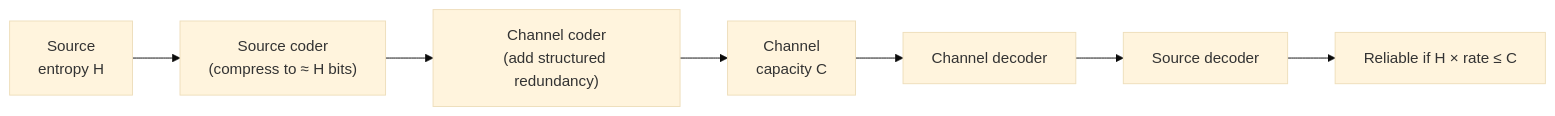
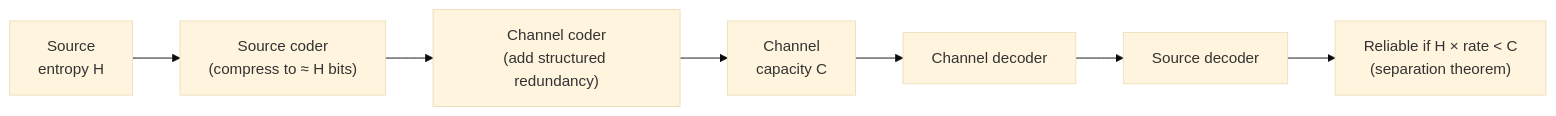
One commit to FrankHuang94/EE_database_claude changed the diagram in courses/17-communication-systems/chapters/17-07-information-theory-and-shannon.md. Above: the diagram before and after it, drawn with Mermaid (base theme). The commit also changed other lines of this file and 11 other files, not shown here.

````diff
--- a/courses/17-communication-systems/chapters/17-07-information-theory-and-shannon.md
+++ b/courses/17-communication-systems/chapters/17-07-information-theory-and-shannon.md
@@ -36,9 +36,9 @@
 ```mermaid
 flowchart LR
   A["Source<br/>entropy H"] --> B["Source coder<br/>(compress to ≈ H bits)"]
   B --> C["Channel coder<br/>(add structured redundancy)"]
   C --> D["Channel<br/>capacity C"]
   D --> E["Channel decoder"]
   E --> F["Source decoder"]
-  F --> G["Reliable if H × rate ≤ C"]
+  F --> G["Reliable if H × rate < C<br/>(separation theorem)"]
 ```
````
